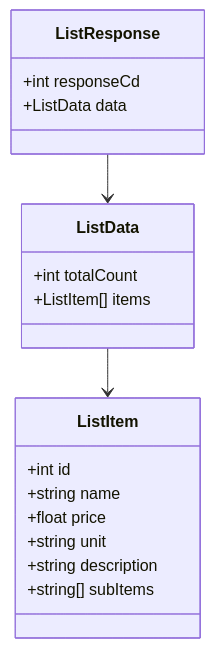
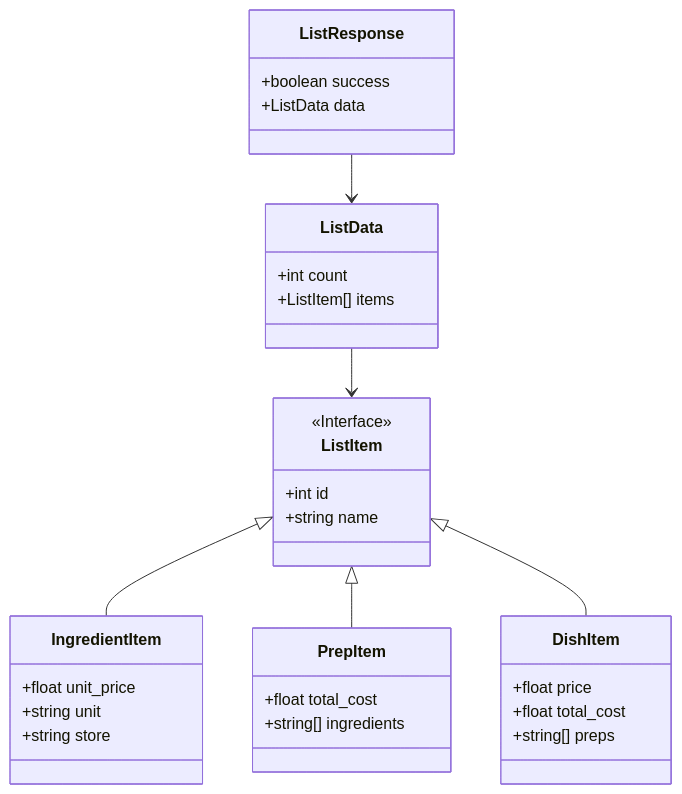
Before and after one commit to nuu1729/cooking-cost-system: the diagram in cooking-cost-system/docs/01_画面設計書/6一覧/一覧_画面仕様書.md, drawn with Mermaid. The commit also changed other lines of this file and 4 other files, not shown here.

````diff
--- a/cooking-cost-system/docs/01_画面設計書/6一覧/一覧_画面仕様書.md
+++ b/cooking-cost-system/docs/01_画面設計書/6一覧/一覧_画面仕様書.md
@@ -113,21 +123,36 @@
 ```mermaid
 classDiagram
     class ListResponse {
-        +int responseCd
+        +boolean success
         +ListData data
     }
     class ListData {
-        +int totalCount
+        +int count
         +ListItem[] items
     }
     class ListItem {
+        <<Interface>>
         +int id
         +string name
+    }
+    class IngredientItem {
+        +float unit_price
+        +string unit
+        +string store
+    }
+    class PrepItem {
+        +float total_cost
+        +string[] ingredients
+    }
+    class DishItem {
         +float price
-        +string unit
-        +string description
-        +string[] subItems
+        +float total_cost
+        +string[] preps
     }
+    
+    ListItem <|-- IngredientItem
+    ListItem <|-- PrepItem
+    ListItem <|-- DishItem
     ListResponse --> ListData
     ListData --> ListItem
 ```
````
